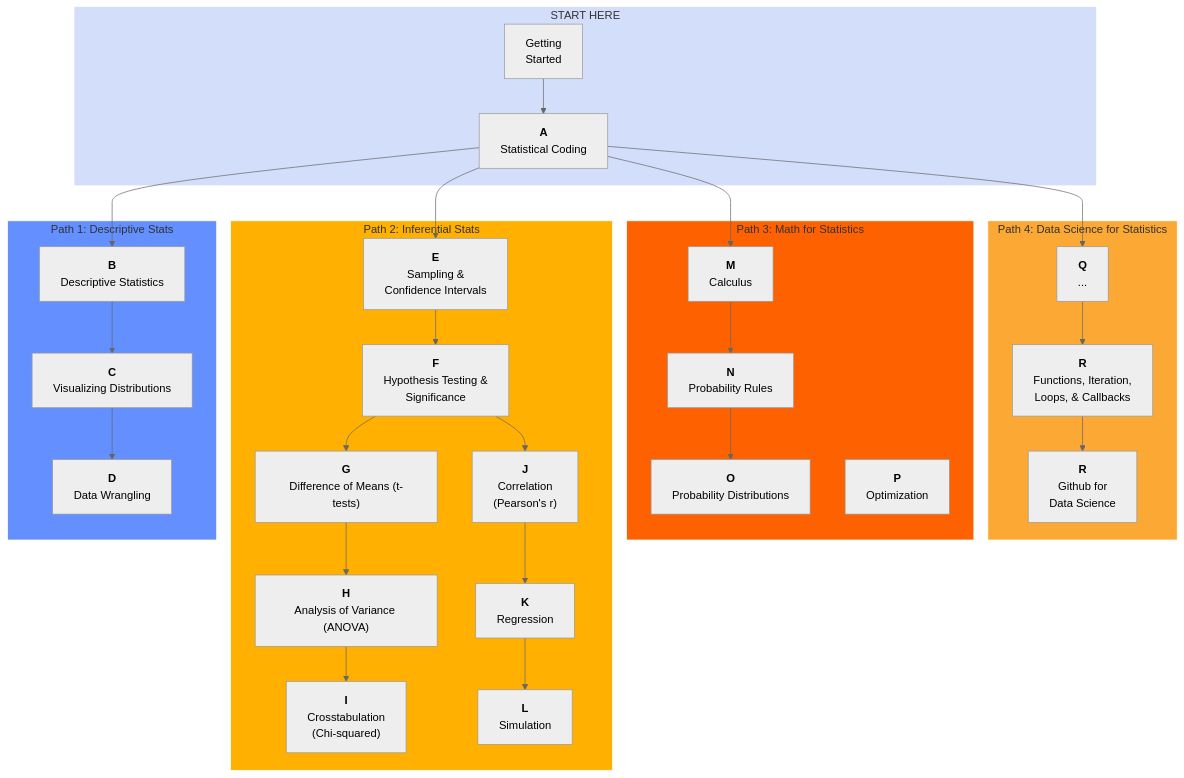
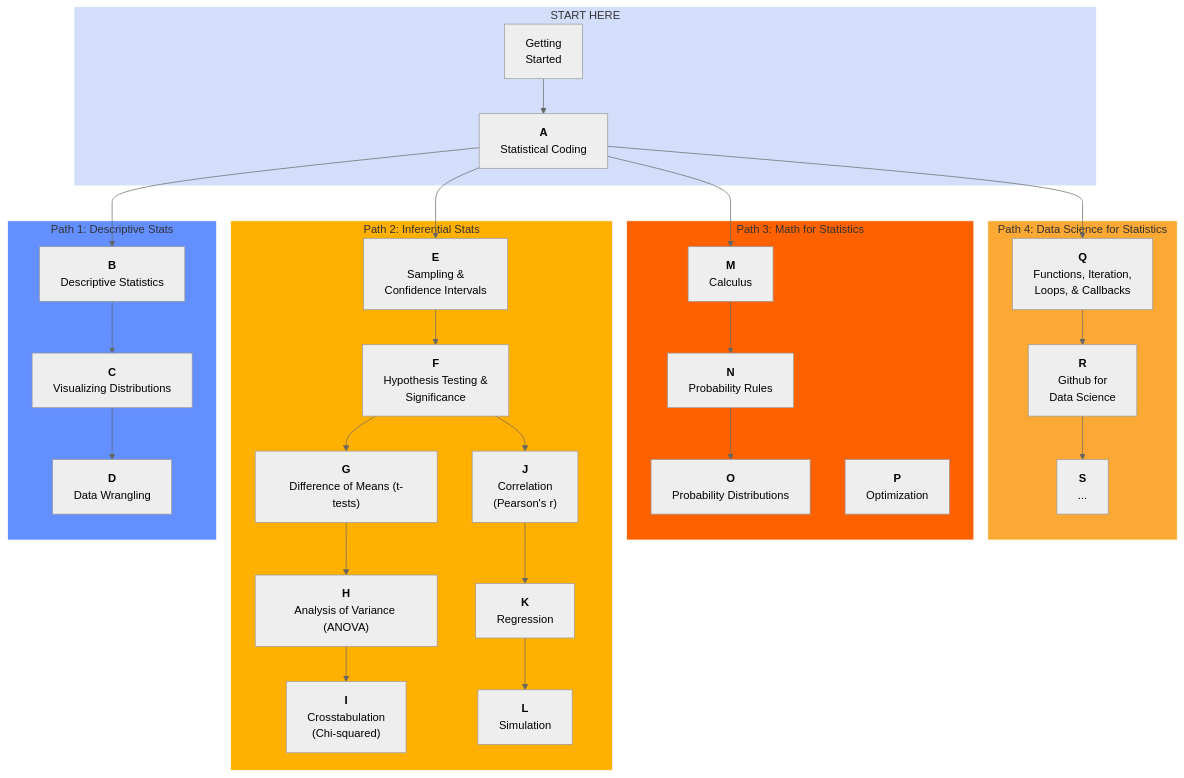
The diagram in README.md (timothyfraser/stats_bootcamp), drawn with Mermaid (neutral theme) before and after one commit. The commit also changed other lines of this file and 8 other files, not shown here.

````diff
--- a/README.md
+++ b/README.md
@@ -71,68 +82,68 @@
 ```mermaid
 flowchart TD
 
 
 subgraph p0["START HERE"]
     Z["Getting<br>Started"]
     A["<b>A</b><br>Statistical Coding"]
 end
 
 subgraph p4["Path 4: Data Science for Statistics"]
-    Q["<b>Q</b><br>..."]
-    R["<b>R</b><br>Functions, Iteration,<br>Loops, & Callbacks"]
-    S["<b>R</b><br>Github for<br>Data Science"]
+    Q["<b>Q</b><br>Functions, Iteration,<br>Loops, & Callbacks"]
+    R["<b>R</b><br>Github for<br>Data Science"]
+    S["<b>S</b><br>..."]
 end
 
 subgraph p3["Path 3: Math for Statistics"]
     M["<b>M</b><br>Calculus"]
     N["<b>N</b><br>Probability Rules"]
     O["<b>O</b><br>Probability Distributions"]
     P["<b>P</b><br>Optimization"]
 end
 
 subgraph p2["Path 2: Inferential Stats"]
     E["<b>E</b><br>Sampling &<br>Confidence Intervals"]
     F["<b>F</b><br>Hypothesis Testing &<br>Significance"]
     G["<b>G</b><br>Difference of Means (t-tests)"]
     H["<b>H</b><br>Analysis of Variance (ANOVA)"]
     I["<b>I</b><br>Crosstabulation<br>(Chi-squared)"]
     J["<b>J</b><br>Correlation<br>(Pearson's r)"]
     K["<b>K</b><br>Regression"]
     L["<b>L</b><br>Simulation"]
 end
 
 subgraph p1["Path 1: Descriptive Stats"]
     B["<b>B</b><br>Descriptive Statistics"]
     C["<b>C</b><br>Visualizing Distributions"]
     D["<b>D</b><br>Data Wrangling"]
 end
 
 
 
 Z --> A
 A --> B --> C --> D
 A --> E --> F --> G --> H --> I
 F --> J --> K --> L
 A --> M --> N --> O 
 A --> Q --> R --> S
 
 
 %%class Z,A path0;
 %%class B,C,D path1;
 %%class E,F,G,H,I,J,K,L path2;
 %%class M,N,O,P,Q,R path3;
 
 class p0 path0;
 class p1 path1;
 class p2 path2;
 class p3 path3;
 class p4 path4;
 
 classDef path0 fill:#D3DEFB,stroke:#FFFFFF;
 classDef path1 fill:#648FFF,stroke:#FFFFFF;
 classDef path2 fill:#FFB000,stroke:#FFFFFF;
 classDef path3 fill:#FE6100,stroke:#FFFFFF;
 classDef path4 fill:#fba835,stroke:#FFFFFF;
 
 
 ```
````
